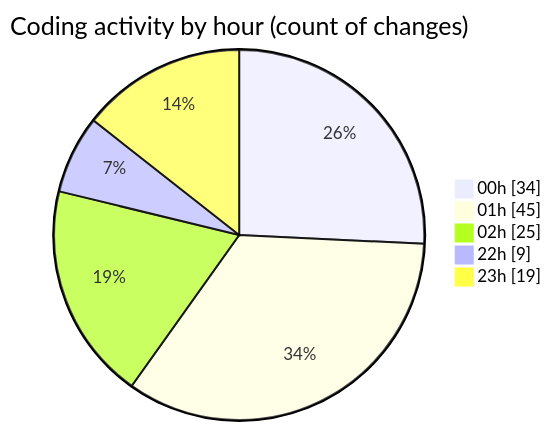
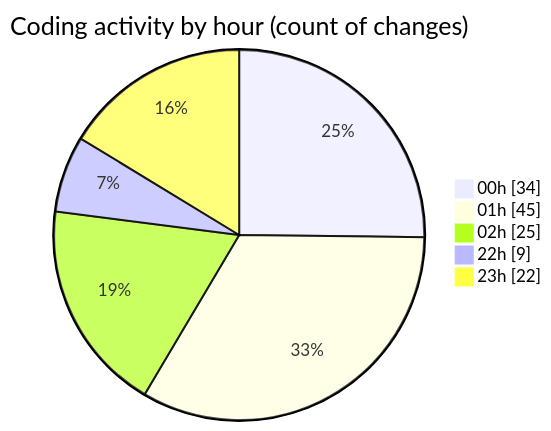
The second of 2 diagrams in 2025-07-15/nhahang/README.md (lephambinh05/code-tracking), drawn with Mermaid before and after one commit. The commit also changed other lines of this file and 1 other file, not shown here.

````diff
--- a/2025-07-15/nhahang/README.md
+++ b/2025-07-15/nhahang/README.md
@@ -88,9 +88,9 @@
 ```mermaid
 pie showData
 title Coding activity by hour (count of changes)
 "00h" : 34
 "01h" : 45
 "02h" : 25
 "22h" : 9
-"23h" : 19
+"23h" : 22
 ```
````
